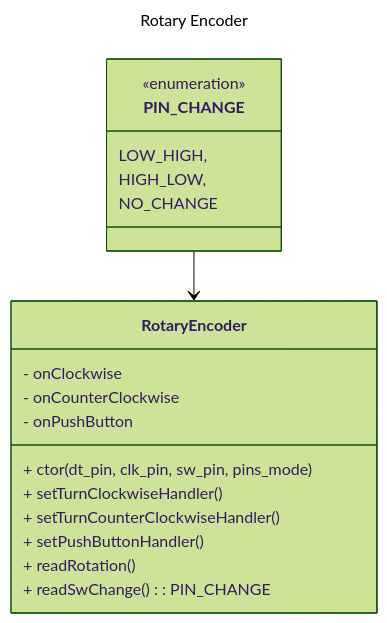
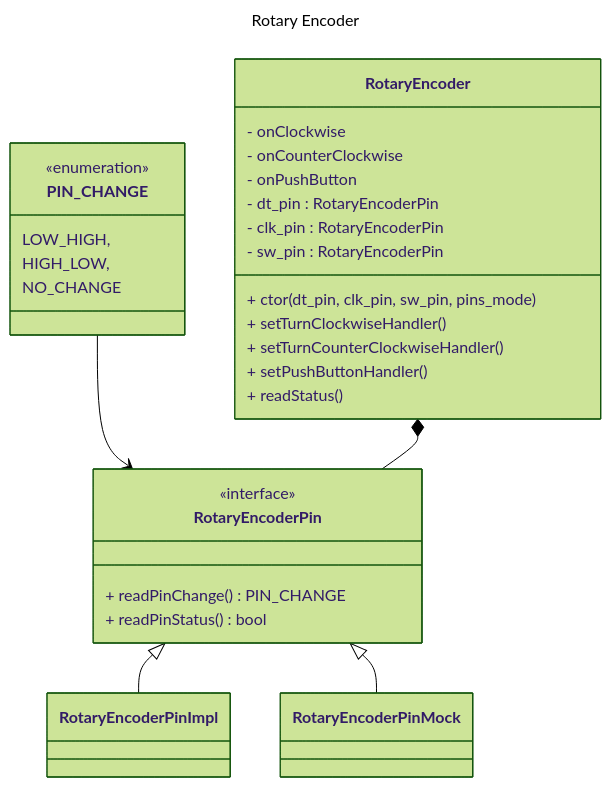
Before and after one commit to aserebryakov/arduino-cpp-components-library: the diagram in volume_control_and_pc_busy_simulator/README.md, drawn with Mermaid (forest theme).

Commit message:
VolumeControl: Updates RotaryEncoder class diagram

````diff
--- a/volume_control_and_pc_busy_simulator/README.md
+++ b/volume_control_and_pc_busy_simulator/README.md
@@ -19,26 +19,42 @@
 ```mermaid
 ---
 title: Rotary Encoder
 ---
 classDiagram
     class PIN_CHANGE {
         <<enumeration>>
         LOW_HIGH,
         HIGH_LOW,
         NO_CHANGE
     }
 
+    class RotaryEncoderPin {
+        <<interface>>
+        + readPinChange() PIN_CHANGE
+        + readPinStatus() bool
+    }
+
+    class RotaryEncoderPinImpl
+    class RotaryEncoderPinMock
+
     class RotaryEncoder {
         + ctor(dt_pin, clk_pin, sw_pin, pins_mode)
         + setTurnClockwiseHandler()
         + setTurnCounterClockwiseHandler()
         + setPushButtonHandler()
-        + readRotation()
-        + readSwChange() : PIN_CHANGE
+        + readStatus()
         - onClockwise
         - onCounterClockwise
         - onPushButton
+        - dt_pin : RotaryEncoderPin
+        - clk_pin : RotaryEncoderPin
+        - sw_pin : RotaryEncoderPin
     }
 
-    PIN_CHANGE --> RotaryEncoder
+    PIN_CHANGE --> RotaryEncoderPin
+
+    RotaryEncoderPin <|-- RotaryEncoderPinImpl
+    RotaryEncoderPin <|-- RotaryEncoderPinMock
+
+    RotaryEncoder *-- RotaryEncoderPin
 ```
````
